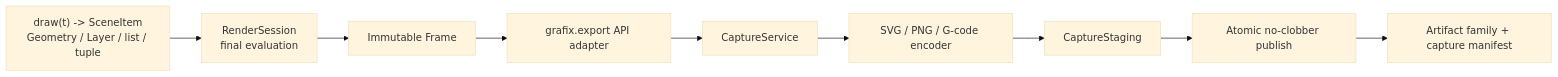
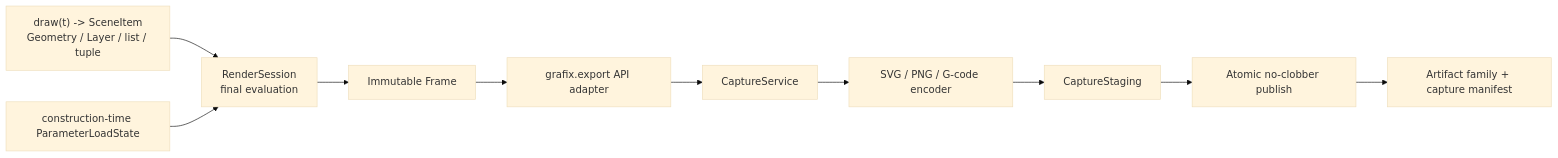
One commit to tyhts0829/graft changed diagram 19 of 24 in docs/architecture_visualization.md. Above: the diagram before and after it, drawn with Mermaid (base theme). The commit also changed other lines of this file and 135 other files, not shown here.

````diff
--- a/docs/architecture_visualization.md
+++ b/docs/architecture_visualization.md
@@ -406,16 +517,18 @@
 ```mermaid
 flowchart LR
     draw["draw(t) -> SceneItem<br/>Geometry / Layer / list / tuple"]
     render["RenderSession<br/>final evaluation"]
+    load["construction-time ParameterLoadState"]
     frame["Immutable Frame"]
     adapter["grafix.export API adapter"]
     service["CaptureService"]
     encoder["SVG / PNG / G-code encoder"]
     staging["CaptureStaging"]
     publish["Atomic no-clobber publish"]
     files["Artifact family + capture manifest"]
 
     draw --> render --> frame
+    load --> render
     frame --> adapter --> service
     service --> encoder --> staging --> publish --> files
 ```
````
